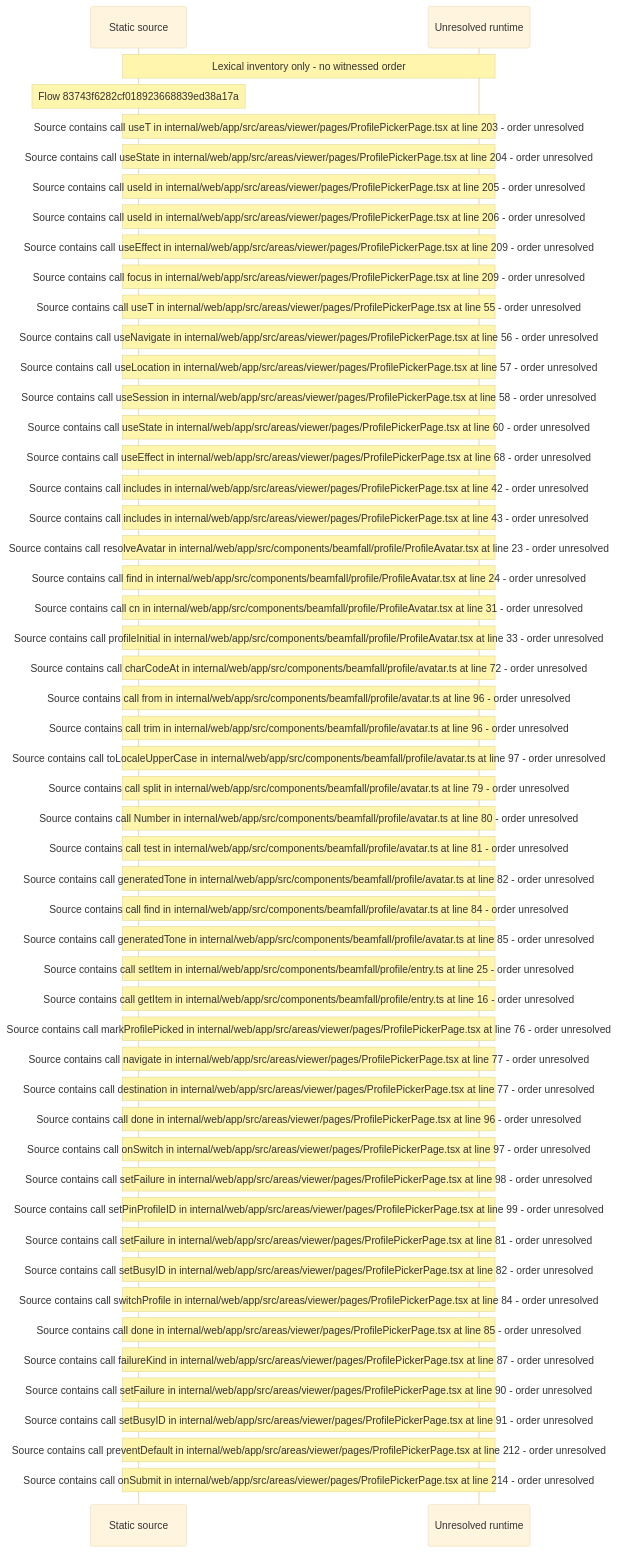
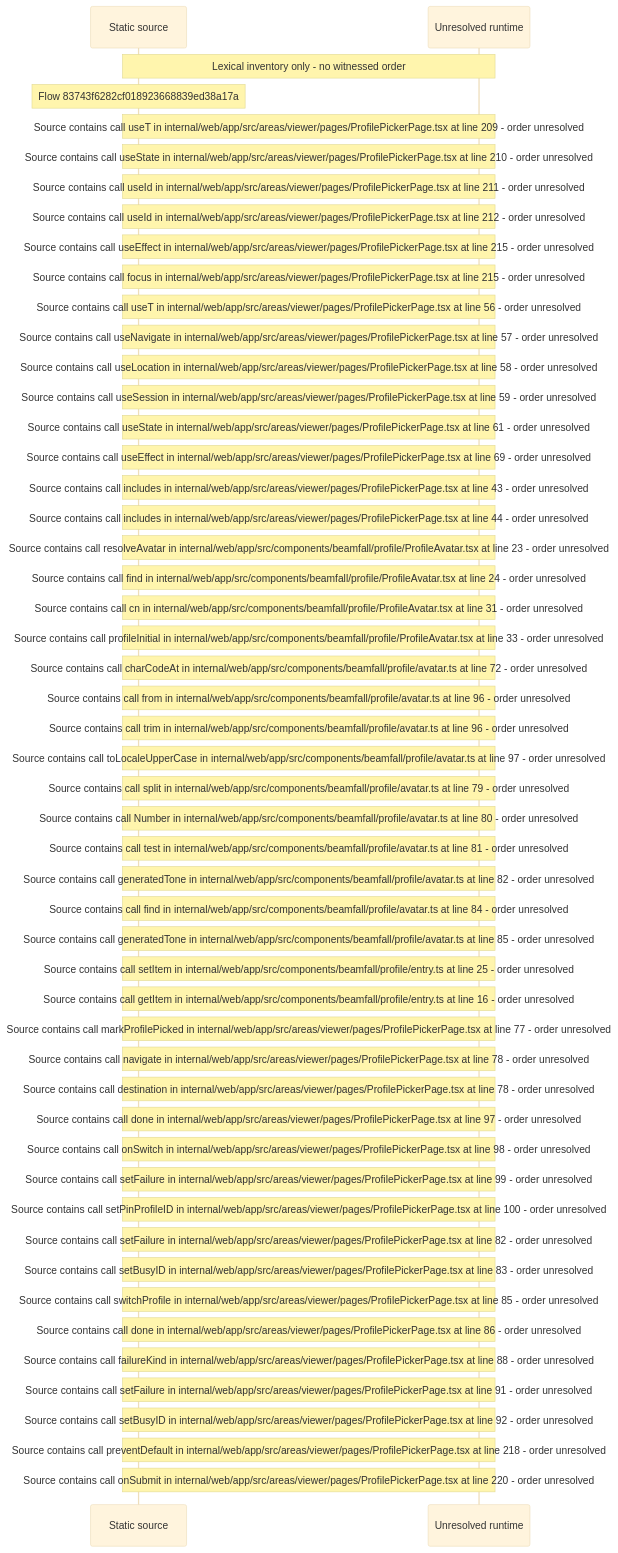
One commit to beamfall/core changed the diagram in docs/web/flows/generated/83743f6282cf018923668839ed38a17a/flow-diagram.md. Above: the diagram before and after it, drawn with Mermaid (base theme). The commit also changed other lines of this file and 714 other files, not shown here.

Commit message:
Regenerate the web flow record after the second main merge (CORE-1762)

````diff
--- a/docs/web/flows/generated/83743f6282cf018923668839ed38a17a/flow-diagram.md
+++ b/docs/web/flows/generated/83743f6282cf018923668839ed38a17a/flow-diagram.md
@@ -10,53 +10,53 @@
 ```mermaid
 sequenceDiagram
     participant S as Static source
     participant U as Unresolved runtime
     Note over S,U: Lexical inventory only - no witnessed order
     Note over S: Flow 83743f6282cf018923668839ed38a17a
-    Note over S,U: Source contains call useT in internal/web/app/src/areas/viewer/pages/ProfilePickerPage.tsx at line 203 - order unresolved
-    Note over S,U: Source contains call useState in internal/web/app/src/areas/viewer/pages/ProfilePickerPage.tsx at line 204 - order unresolved
-    Note over S,U: Source contains call useId in internal/web/app/src/areas/viewer/pages/ProfilePickerPage.tsx at line 205 - order unresolved
-    Note over S,U: Source contains call useId in internal/web/app/src/areas/viewer/pages/ProfilePickerPage.tsx at line 206 - order unresolved
-    Note over S,U: Source contains call useEffect in internal/web/app/src/areas/viewer/pages/ProfilePickerPage.tsx at line 209 - order unresolved
-    Note over S,U: Source contains call focus in internal/web/app/src/areas/viewer/pages/ProfilePickerPage.tsx at line 209 - order unresolved
-    Note over S,U: Source contains call useT in internal/web/app/src/areas/viewer/pages/ProfilePickerPage.tsx at line 55 - order unresolved
-    Note over S,U: Source contains call useNavigate in internal/web/app/src/areas/viewer/pages/ProfilePickerPage.tsx at line 56 - order unresolved
-    Note over S,U: Source contains call useLocation in internal/web/app/src/areas/viewer/pages/ProfilePickerPage.tsx at line 57 - order unresolved
-    Note over S,U: Source contains call useSession in internal/web/app/src/areas/viewer/pages/ProfilePickerPage.tsx at line 58 - order unresolved
-    Note over S,U: Source contains call useState in internal/web/app/src/areas/viewer/pages/ProfilePickerPage.tsx at line 60 - order unresolved
-    Note over S,U: Source contains call useEffect in internal/web/app/src/areas/viewer/pages/ProfilePickerPage.tsx at line 68 - order unresolved
-    Note over S,U: Source contains call includes in internal/web/app/src/areas/viewer/pages/ProfilePickerPage.tsx at line 42 - order unresolved
+    Note over S,U: Source contains call useT in internal/web/app/src/areas/viewer/pages/ProfilePickerPage.tsx at line 209 - order unresolved
+    Note over S,U: Source contains call useState in internal/web/app/src/areas/viewer/pages/ProfilePickerPage.tsx at line 210 - order unresolved
+    Note over S,U: Source contains call useId in internal/web/app/src/areas/viewer/pages/ProfilePickerPage.tsx at line 211 - order unresolved
+    Note over S,U: Source contains call useId in internal/web/app/src/areas/viewer/pages/ProfilePickerPage.tsx at line 212 - order unresolved
+    Note over S,U: Source contains call useEffect in internal/web/app/src/areas/viewer/pages/ProfilePickerPage.tsx at line 215 - order unresolved
+    Note over S,U: Source contains call focus in internal/web/app/src/areas/viewer/pages/ProfilePickerPage.tsx at line 215 - order unresolved
+    Note over S,U: Source contains call useT in internal/web/app/src/areas/viewer/pages/ProfilePickerPage.tsx at line 56 - order unresolved
+    Note over S,U: Source contains call useNavigate in internal/web/app/src/areas/viewer/pages/ProfilePickerPage.tsx at line 57 - order unresolved
+    Note over S,U: Source contains call useLocation in internal/web/app/src/areas/viewer/pages/ProfilePickerPage.tsx at line 58 - order unresolved
+    Note over S,U: Source contains call useSession in internal/web/app/src/areas/viewer/pages/ProfilePickerPage.tsx at line 59 - order unresolved
+    Note over S,U: Source contains call useState in internal/web/app/src/areas/viewer/pages/ProfilePickerPage.tsx at line 61 - order unresolved
+    Note over S,U: Source contains call useEffect in internal/web/app/src/areas/viewer/pages/ProfilePickerPage.tsx at line 69 - order unresolved
     Note over S,U: Source contains call includes in internal/web/app/src/areas/viewer/pages/ProfilePickerPage.tsx at line 43 - order unresolved
+    Note over S,U: Source contains call includes in internal/web/app/src/areas/viewer/pages/ProfilePickerPage.tsx at line 44 - order unresolved
     Note over S,U: Source contains call resolveAvatar in internal/web/app/src/components/beamfall/profile/ProfileAvatar.tsx at line 23 - order unresolved
     Note over S,U: Source contains call find in internal/web/app/src/components/beamfall/profile/ProfileAvatar.tsx at line 24 - order unresolved
     Note over S,U: Source contains call cn in internal/web/app/src/components/beamfall/profile/ProfileAvatar.tsx at line 31 - order unresolved
     Note over S,U: Source contains call profileInitial in internal/web/app/src/components/beamfall/profile/ProfileAvatar.tsx at line 33 - order unresolved
     Note over S,U: Source contains call charCodeAt in internal/web/app/src/components/beamfall/profile/avatar.ts at line 72 - order unresolved
     Note over S,U: Source contains call from in internal/web/app/src/components/beamfall/profile/avatar.ts at line 96 - order unresolved
     Note over S,U: Source contains call trim in internal/web/app/src/components/beamfall/profile/avatar.ts at line 96 - order unresolved
     Note over S,U: Source contains call toLocaleUpperCase in internal/web/app/src/components/beamfall/profile/avatar.ts at line 97 - order unresolved
     Note over S,U: Source contains call split in internal/web/app/src/components/beamfall/profile/avatar.ts at line 79 - order unresolved
     Note over S,U: Source contains call Number in internal/web/app/src/components/beamfall/profile/avatar.ts at line 80 - order unresolved
     Note over S,U: Source contains call test in internal/web/app/src/components/beamfall/profile/avatar.ts at line 81 - order unresolved
     Note over S,U: Source contains call generatedTone in internal/web/app/src/components/beamfall/profile/avatar.ts at line 82 - order unresolved
     Note over S,U: Source contains call find in internal/web/app/src/components/beamfall/profile/avatar.ts at line 84 - order unresolved
     Note over S,U: Source contains call generatedTone in internal/web/app/src/components/beamfall/profile/avatar.ts at line 85 - order unresolved
     Note over S,U: Source contains call setItem in internal/web/app/src/components/beamfall/profile/entry.ts at line 25 - order unresolved
     Note over S,U: Source contains call getItem in internal/web/app/src/components/beamfall/profile/entry.ts at line 16 - order unresolved
-    Note over S,U: Source contains call markProfilePicked in internal/web/app/src/areas/viewer/pages/ProfilePickerPage.tsx at line 76 - order unresolved
-    Note over S,U: Source contains call navigate in internal/web/app/src/areas/viewer/pages/ProfilePickerPage.tsx at line 77 - order unresolved
-    Note over S,U: Source contains call destination in internal/web/app/src/areas/viewer/pages/ProfilePickerPage.tsx at line 77 - order unresolved
-    Note over S,U: Source contains call done in internal/web/app/src/areas/viewer/pages/ProfilePickerPage.tsx at line 96 - order unresolved
-    Note over S,U: Source contains call onSwitch in internal/web/app/src/areas/viewer/pages/ProfilePickerPage.tsx at line 97 - order unresolved
-    Note over S,U: Source contains call setFailure in internal/web/app/src/areas/viewer/pages/ProfilePickerPage.tsx at line 98 - order unresolved
-    Note over S,U: Source contains call setPinProfileID in internal/web/app/src/areas/viewer/pages/ProfilePickerPage.tsx at line 99 - order unresolved
-    Note over S,U: Source contains call setFailure in internal/web/app/src/areas/viewer/pages/ProfilePickerPage.tsx at line 81 - order unresolved
-    Note over S,U: Source contains call setBusyID in internal/web/app/src/areas/viewer/pages/ProfilePickerPage.tsx at line 82 - order unresolved
-    Note over S,U: Source contains call switchProfile in internal/web/app/src/areas/viewer/pages/ProfilePickerPage.tsx at line 84 - order unresolved
-    Note over S,U: Source contains call done in internal/web/app/src/areas/viewer/pages/ProfilePickerPage.tsx at line 85 - order unresolved
-    Note over S,U: Source contains call failureKind in internal/web/app/src/areas/viewer/pages/ProfilePickerPage.tsx at line 87 - order unresolved
-    Note over S,U: Source contains call setFailure in internal/web/app/src/areas/viewer/pages/ProfilePickerPage.tsx at line 90 - order unresolved
-    Note over S,U: Source contains call setBusyID in internal/web/app/src/areas/viewer/pages/ProfilePickerPage.tsx at line 91 - order unresolved
-    Note over S,U: Source contains call preventDefault in internal/web/app/src/areas/viewer/pages/ProfilePickerPage.tsx at line 212 - order unresolved
-    Note over S,U: Source contains call onSubmit in internal/web/app/src/areas/viewer/pages/ProfilePickerPage.tsx at line 214 - order unresolved
+    Note over S,U: Source contains call markProfilePicked in internal/web/app/src/areas/viewer/pages/ProfilePickerPage.tsx at line 77 - order unresolved
+    Note over S,U: Source contains call navigate in internal/web/app/src/areas/viewer/pages/ProfilePickerPage.tsx at line 78 - order unresolved
+    Note over S,U: Source contains call destination in internal/web/app/src/areas/viewer/pages/ProfilePickerPage.tsx at line 78 - order unresolved
+    Note over S,U: Source contains call done in internal/web/app/src/areas/viewer/pages/ProfilePickerPage.tsx at line 97 - order unresolved
+    Note over S,U: Source contains call onSwitch in internal/web/app/src/areas/viewer/pages/ProfilePickerPage.tsx at line 98 - order unresolved
+    Note over S,U: Source contains call setFailure in internal/web/app/src/areas/viewer/pages/ProfilePickerPage.tsx at line 99 - order unresolved
+    Note over S,U: Source contains call setPinProfileID in internal/web/app/src/areas/viewer/pages/ProfilePickerPage.tsx at line 100 - order unresolved
+    Note over S,U: Source contains call setFailure in internal/web/app/src/areas/viewer/pages/ProfilePickerPage.tsx at line 82 - order unresolved
+    Note over S,U: Source contains call setBusyID in internal/web/app/src/areas/viewer/pages/ProfilePickerPage.tsx at line 83 - order unresolved
+    Note over S,U: Source contains call switchProfile in internal/web/app/src/areas/viewer/pages/ProfilePickerPage.tsx at line 85 - order unresolved
+    Note over S,U: Source contains call done in internal/web/app/src/areas/viewer/pages/ProfilePickerPage.tsx at line 86 - order unresolved
+    Note over S,U: Source contains call failureKind in internal/web/app/src/areas/viewer/pages/ProfilePickerPage.tsx at line 88 - order unresolved
+    Note over S,U: Source contains call setFailure in internal/web/app/src/areas/viewer/pages/ProfilePickerPage.tsx at line 91 - order unresolved
+    Note over S,U: Source contains call setBusyID in internal/web/app/src/areas/viewer/pages/ProfilePickerPage.tsx at line 92 - order unresolved
+    Note over S,U: Source contains call preventDefault in internal/web/app/src/areas/viewer/pages/ProfilePickerPage.tsx at line 218 - order unresolved
+    Note over S,U: Source contains call onSubmit in internal/web/app/src/areas/viewer/pages/ProfilePickerPage.tsx at line 220 - order unresolved
 ```
````
